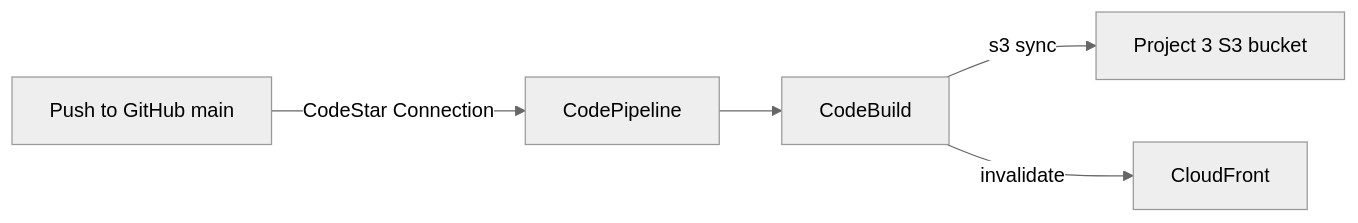
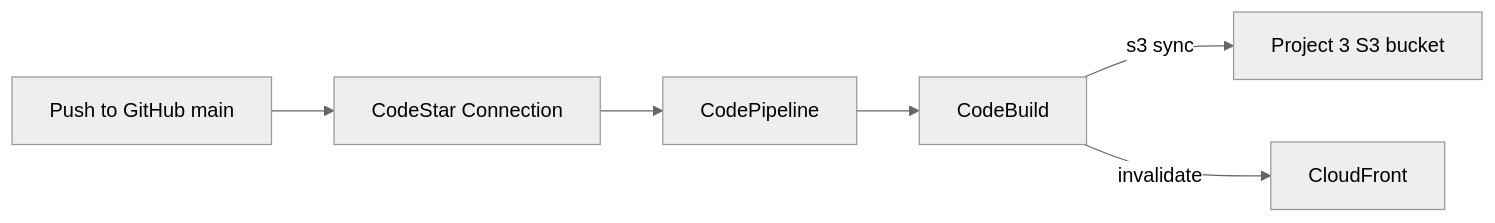
Before and after one commit to mrbobbyboykin/Projects: the diagram in project-4-cicd/docs/ARCHITECTURE.md, drawn with Mermaid (neutral theme). The commit also changed other lines of this file and 5 other files, not shown here.

Commit message:
Align project READMEs to Overview, layout, and architecture sections.

````diff
--- a/project-4-cicd/docs/ARCHITECTURE.md
+++ b/project-4-cicd/docs/ARCHITECTURE.md
@@ -7,13 +7,15 @@
 ```mermaid
 flowchart LR
   Dev[Push to GitHub main]
+  Conn[CodeStar Connection]
   CP[CodePipeline]
   CB[CodeBuild]
   S3[Project 3 S3 bucket]
   CF[CloudFront]
 
-  Dev -->|CodeStar Connection| CP
+  Dev --> Conn
+  Conn --> CP
   CP --> CB
   CB -->|s3 sync| S3
   CB -->|invalidate| CF
 ```
````
